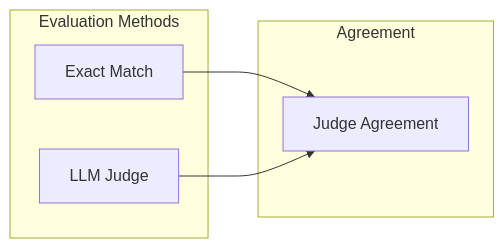
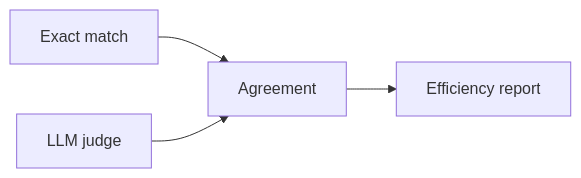
Before and after one commit to vladanaSTM/nl2atl: the diagram in docs/evaluation.md, drawn with Mermaid. The commit also changed other lines of this file and 16 other files, not shown here.

````diff
--- a/docs/evaluation.md
+++ b/docs/evaluation.md
@@ -19,14 +7,6 @@
 ```mermaid
 flowchart LR
-    subgraph "Evaluation Methods"
-        A[Exact Match]
-        B[LLM Judge]
-    end
-
-    subgraph "Agreement"
-        C[Judge Agreement]
-    end
-
-    A --> C
-    B --> C
+    A[Exact match] --> C[Agreement]
+    B[LLM judge] --> C
+    C --> D[Efficiency report]
 ```
````
